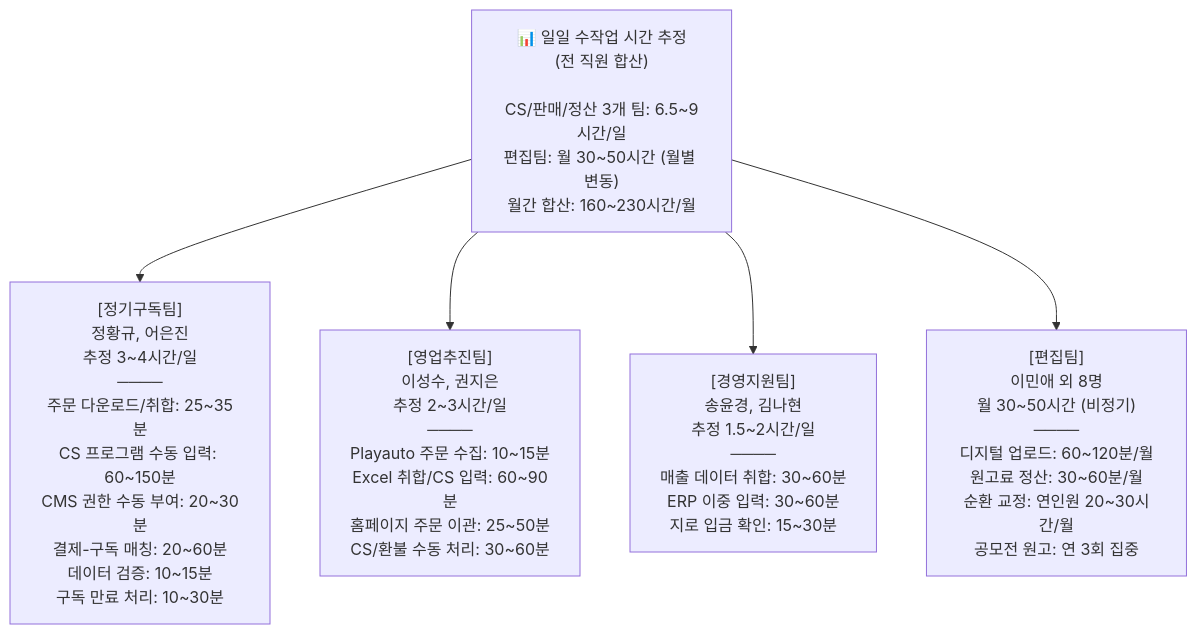
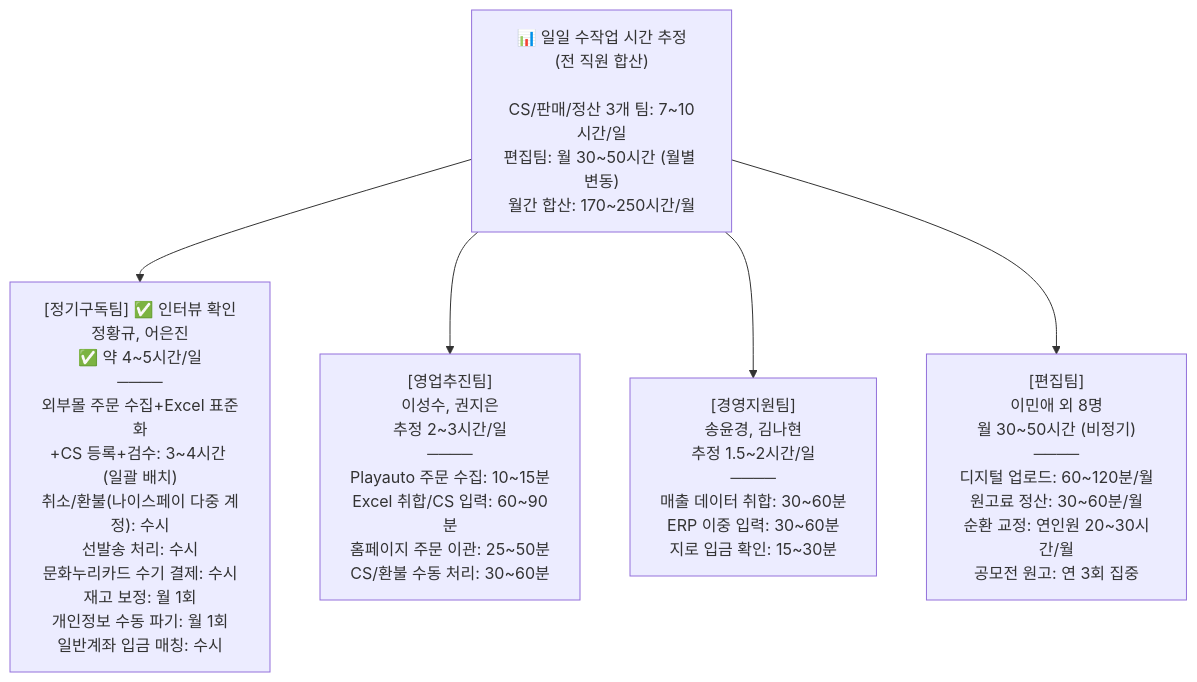
The tenth of 11 diagrams in src/content/docs/goodthinking-isp/02-analysis/business-analysis.md (sknkwoxs/manual-book), drawn with Mermaid before and after one commit. The commit also changed other lines of this file and 4 other files, not shown here.

First line of the commit message:
docs(goodthinking-isp): 정기구독팀 인터뷰 결과 반영 및 요구사항 정리 (56건)

````diff
--- a/src/content/docs/goodthinking-isp/02-analysis/business-analysis.md
+++ b/src/content/docs/goodthinking-isp/02-analysis/business-analysis.md
@@ -298,17 +310,17 @@
 ```mermaid
 graph TD
-    root["📊 일일 수작업 시간 추정<br/>(전 직원 합산)<br/><br/>CS/판매/정산 3개 팀: 6.5~9시간/일<br/>편집팀: 월 30~50시간 (월별 변동)<br/>월간 합산: 160~230시간/월"]
+    root["📊 일일 수작업 시간 추정<br/>(전 직원 합산)<br/><br/>CS/판매/정산 3개 팀: 7~10시간/일<br/>편집팀: 월 30~50시간 (월별 변동)<br/>월간 합산: 170~250시간/월"]
     
-    team1["[정기구독팀]<br/>정황규, 어은진<br/>추정 3~4시간/일<br/>────<br/>주문 다운로드/취합: 25~35분<br/>CS 프로그램 수동 입력: 60~150분<br/>CMS 권한 수동 부여: 20~30분<br/>결제-구독 매칭: 20~60분<br/>데이터 검증: 10~15분<br/>구독 만료 처리: 10~30분"]
+    team1["[정기구독팀] ✅ 인터뷰 확인<br/>정황규, 어은진<br/>✅ 약 4~5시간/일<br/>────<br/>외부몰 주문 수집+Excel 표준화<br/>+CS 등록+검수: 3~4시간 (일괄 배치)<br/>취소/환불(나이스페이 다중 계정): 수시<br/>선발송 처리: 수시<br/>문화누리카드 수기 결제: 수시<br/>재고 보정: 월 1회<br/>개인정보 수동 파기: 월 1회<br/>일반계좌 입금 매칭: 수시"]
     
     team2["[영업추진팀]<br/>이성수, 권지은<br/>추정 2~3시간/일<br/>────<br/>Playauto 주문 수집: 10~15분<br/>Excel 취합/CS 입력: 60~90분<br/>홈페이지 주문 이관: 25~50분<br/>CS/환불 수동 처리: 30~60분"]
     
     team3["[경영지원팀]<br/>송윤경, 김나현<br/>추정 1.5~2시간/일<br/>────<br/>매출 데이터 취합: 30~60분<br/>ERP 이중 입력: 30~60분<br/>지로 입금 확인: 15~30분"]
     
     team4["[편집팀]<br/>이민애 외 8명<br/>월 30~50시간 (비정기)<br/>────<br/>디지털 업로드: 60~120분/월<br/>원고료 정산: 30~60분/월<br/>순환 교정: 연인원 20~30시간/월<br/>공모전 원고: 연 3회 집중"]
     
     root --> team1
     root --> team2
     root --> team3
     root --> team4
 ```
````
